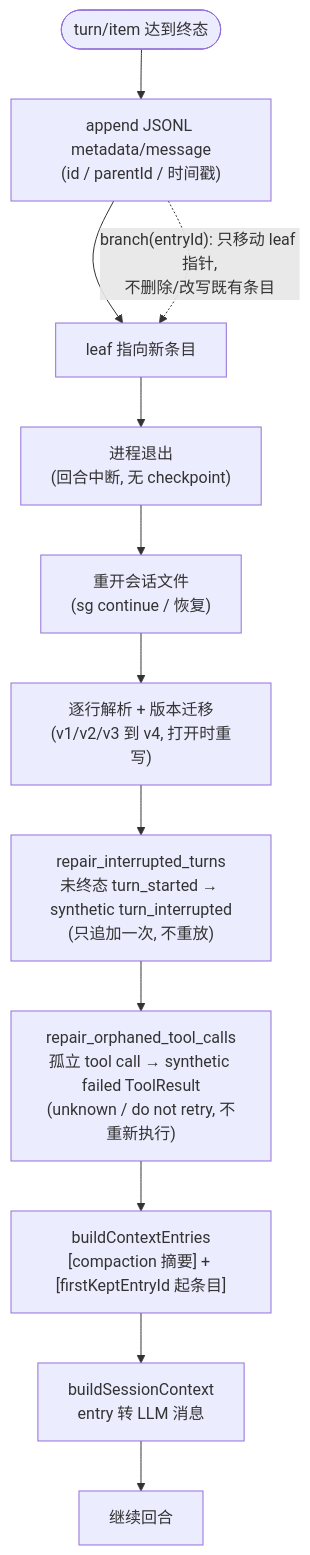
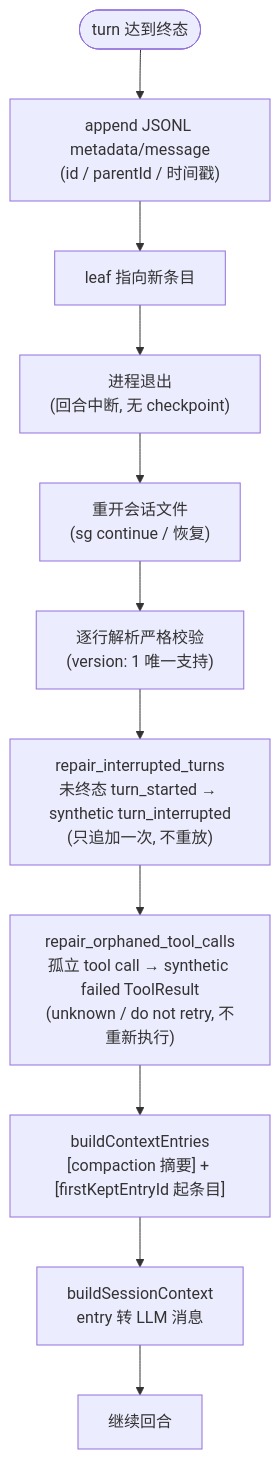
The fifth of 7 diagrams in docs/singularity.md (qjcnmd/singularity-agent), drawn with Mermaid before and after one commit. The commit also changed other lines of this file and 68 other files, not shown here.

````diff
--- a/docs/singularity.md
+++ b/docs/singularity.md
@@ -165,14 +170,13 @@
 ```mermaid
 flowchart TD
-    A(["turn/item 达到终态"]) --> B["append JSONL metadata/message<br/>(id / parentId / 时间戳)"]
+    A(["turn 达到终态"]) --> B["append JSONL metadata/message<br/>(id / parentId / 时间戳)"]
     B --> C["leaf 指向新条目"]
     C --> D["进程退出<br/>(回合中断, 无 checkpoint)"]
     D --> E["重开会话文件<br/>(sg continue / 恢复)"]
-    E --> F["逐行解析 + 版本迁移<br/>(v1/v2/v3 到 v4, 打开时重写)"]
+    E --> F["逐行解析严格校验<br/>(version: 1 唯一支持)"]
     F --> F1["repair_interrupted_turns<br/>未终态 turn_started → synthetic turn_interrupted<br/>(只追加一次, 不重放)"]
     F1 --> F2["repair_orphaned_tool_calls<br/>孤立 tool call → synthetic failed ToolResult<br/>(unknown / do not retry, 不重新执行)"]
     F2 --> G["buildContextEntries<br/>[compaction 摘要] + [firstKeptEntryId 起条目]"]
     G --> H["buildSessionContext<br/>entry 转 LLM 消息"]
     H --> I["继续回合"]
-    B -. "branch(entryId): 只移动 leaf 指针,<br/>不删除/改写既有条目" .-> C
 ```
````
